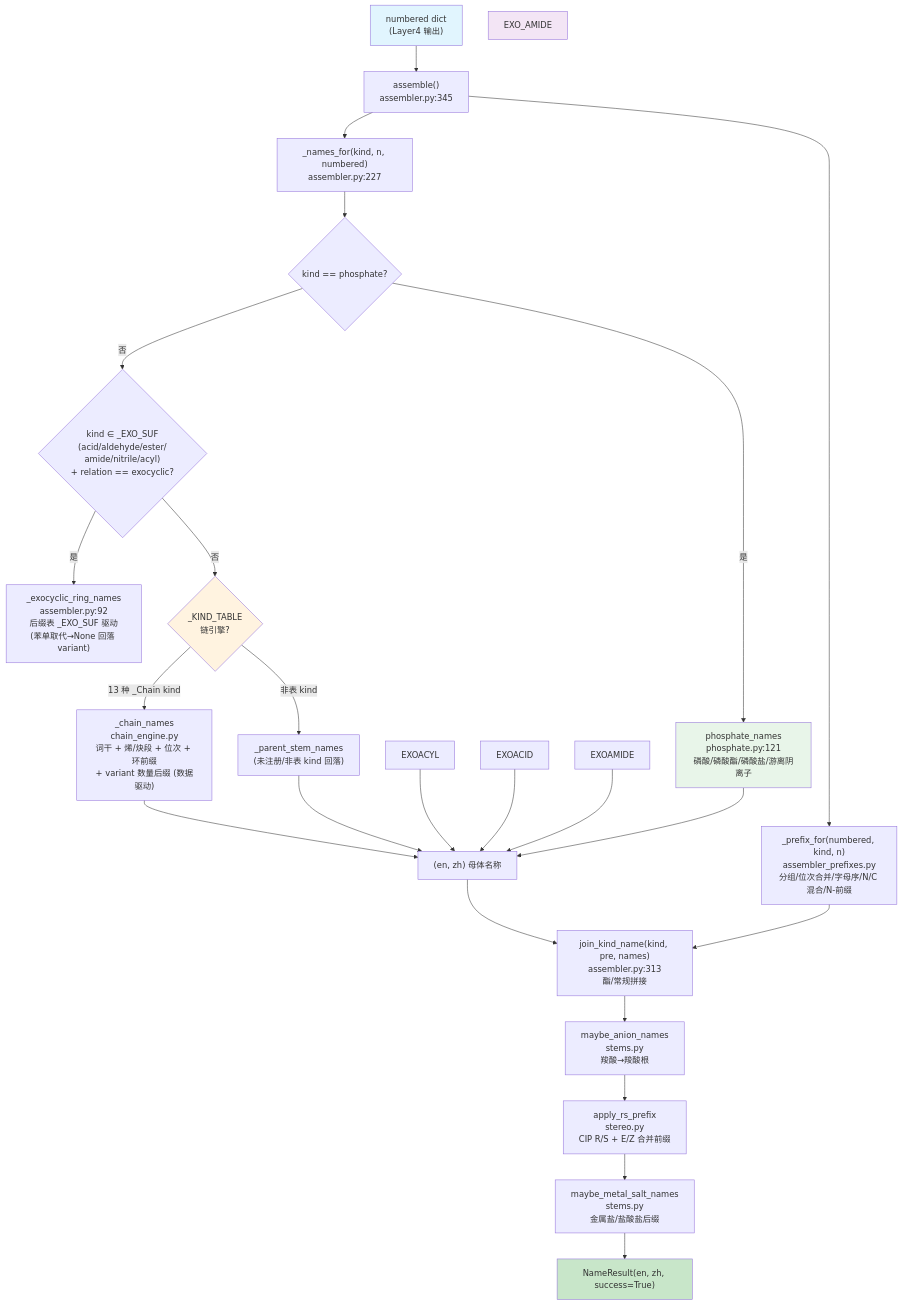
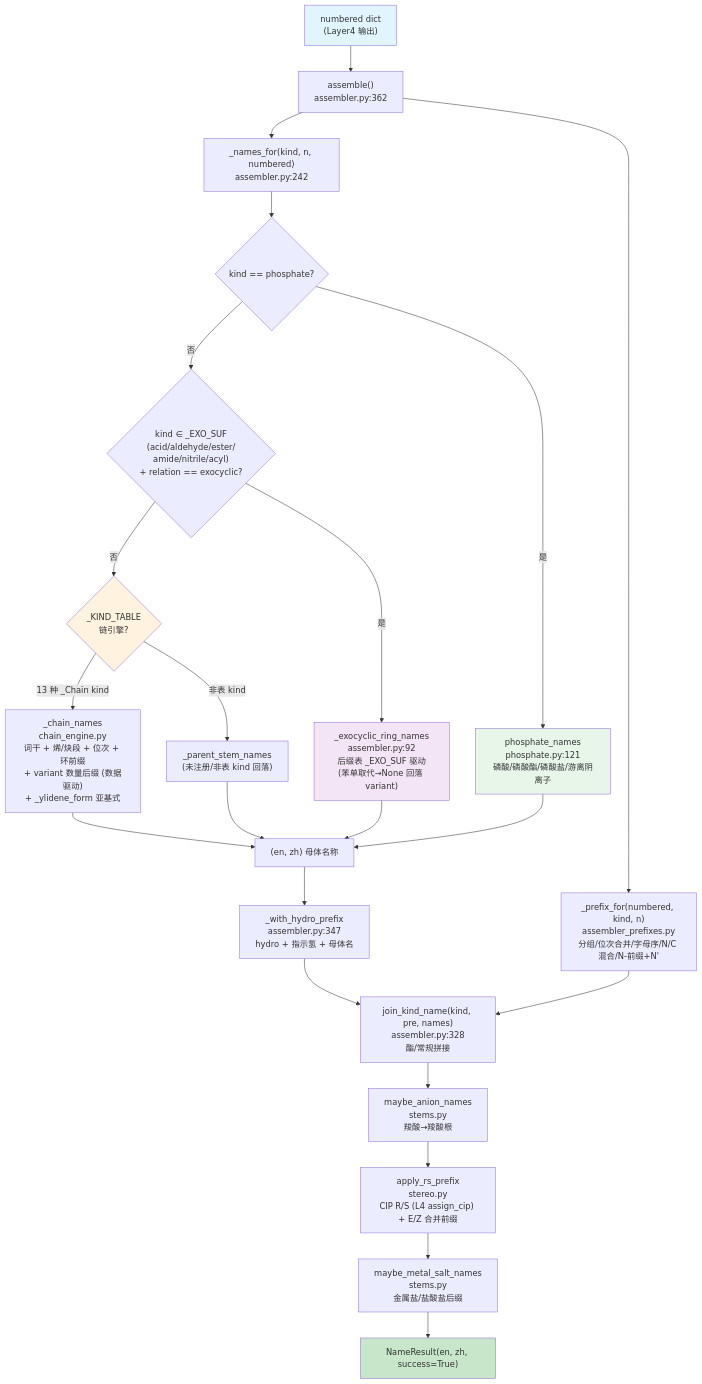
One commit to zouxiaofei1/OpenSMILES changed the diagram in docs/wiki/architecture/layer5-name-assembly.md. Above: the diagram before and after it, drawn with Mermaid. The commit also changed other lines of this file and 17 other files, not shown here.

````diff
--- a/docs/wiki/architecture/layer5-name-assembly.md
+++ b/docs/wiki/architecture/layer5-name-assembly.md
@@ -253,37 +265,37 @@
 ```mermaid
 flowchart TD
-    NUMBERED["numbered dict\n(Layer4 输出)"] --> ASSEMBLE["assemble()\nassembler.py:345"]
+    NUMBERED["numbered dict\n(Layer4 输出)"] --> ASSEMBLE["assemble()\nassembler.py:362"]
 
-    ASSEMBLE --> NAMES_FOR["_names_for(kind, n, numbered)\nassembler.py:227"]
+    ASSEMBLE --> NAMES_FOR["_names_for(kind, n, numbered)\nassembler.py:242"]
 
     NAMES_FOR --> PHOS{"kind == phosphate?"}
     PHOS -->|"是"| PHOSW["phosphate_names\nphosphate.py:121\n磷酸/磷酸酯/磷酸盐/游离阴离子"]
     PHOS -->|"否"| EXO{"kind ∈ _EXO_SUF\n(acid/aldehyde/ester/\namide/nitrile/acyl)\n+ relation == exocyclic?"}
     EXO -->|"是"| EXOW["_exocyclic_ring_names\nassembler.py:92\n后缀表 _EXO_SUF 驱动\n(苯单取代→None 回落 variant)"]
     EXO -->|"否"| CHAIN{"_KIND_TABLE\n链引擎?"}
-    CHAIN -->|"13 种 _Chain kind"| ENG["_chain_names\nchain_engine.py\n词干 + 烯/炔段 + 位次 + 环前缀\n+ variant 数量后缀 (数据驱动)"]
+    CHAIN -->|"13 种 _Chain kind"| ENG["_chain_names\nchain_engine.py\n词干 + 烯/炔段 + 位次 + 环前缀\n+ variant 数量后缀 (数据驱动)\n+ _ylidene_form 亚基式"]
     CHAIN -->|"非表 kind"| WORKER["_parent_stem_names\n(未注册/非表 kind 回落)"]
 
     ENG --> PARENT_NAME["(en, zh) 母体名称"]
     WORKER --> PARENT_NAME
-    EXOACYL --> PARENT_NAME
-    EXOACID --> PARENT_NAME
-    EXOAMIDE --> PARENT_NAME
+    EXOW --> PARENT_NAME
     PHOSW --> PARENT_NAME
 
-    ASSEMBLE --> PREFIX["_prefix_for(numbered, kind, n)\nassembler_prefixes.py\n分组/位次合并/字母序/N/C 混合/N-前缀"]
+    PARENT_NAME --> HYDRO["_with_hydro_prefix\nassembler.py:347\nhydro + 指示氢 + 母体名"]
 
-    PARENT_NAME --> JOIN["join_kind_name(kind, pre, names)\nassembler.py:313\n酯/常规拼接"]
+    ASSEMBLE --> PREFIX["_prefix_for(numbered, kind, n)\nassembler_prefixes.py\n分组/位次合并/字母序/N/C 混合/N-前缀+N'"]
+
+    HYDRO --> JOIN["join_kind_name(kind, pre, names)\nassembler.py:328\n酯/常规拼接"]
     PREFIX --> JOIN
 
     JOIN --> ANION["maybe_anion_names\nstems.py\n羧酸→羧酸根"]
-    ANION --> RS["apply_rs_prefix\nstereo.py\nCIP R/S + E/Z 合并前缀"]
+    ANION --> RS["apply_rs_prefix\nstereo.py\nCIP R/S (L4 assign_cip) + E/Z 合并前缀"]
     RS --> SALT["maybe_metal_salt_names\nstems.py\n金属盐/盐酸盐后缀"]
     SALT --> RESULT["NameResult(en, zh, success=True)"]
 
     style NUMBERED fill:#e1f5fe
     style RESULT fill:#c8e6c9
     style CHAIN fill:#fff3e0
-    style EXO_AMIDE fill:#f3e5f5
+    style EXOW fill:#f3e5f5
     style PHOSW fill:#e8f5e9
 ```
````
